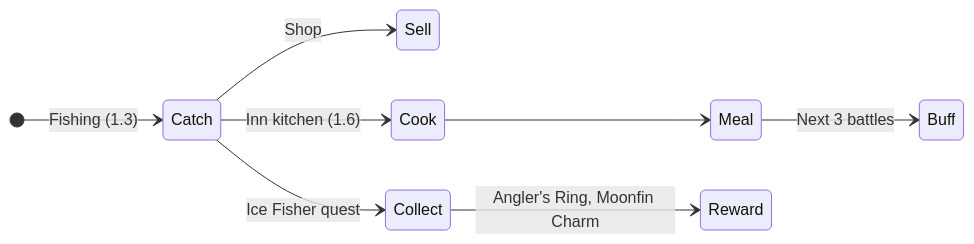
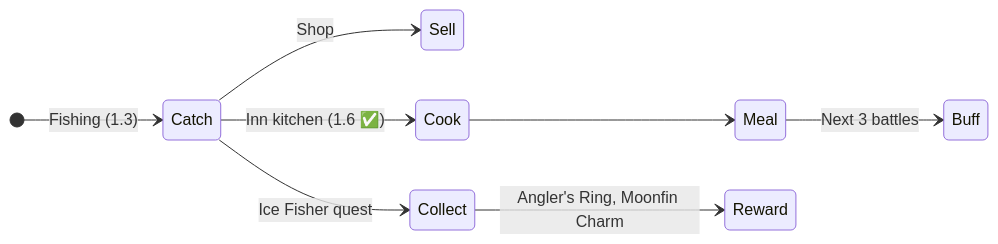
Before and after one commit to CptNope/Laternfall: the seventh of 11 diagrams in ROADMAP.md, drawn with Mermaid. The commit also changed other lines of this file and 19 other files, not shown here.

````diff
--- a/ROADMAP.md
+++ b/ROADMAP.md
@@ -256,11 +258,11 @@
 ```mermaid
 stateDiagram-v2
     direction LR
     [*] --> Catch: Fishing (1.3)
     Catch --> Sell: Shop
-    Catch --> Cook: Inn kitchen (1.6)
+    Catch --> Cook: Inn kitchen (1.6 ✅)
     Cook --> Meal
     Meal --> Buff: Next 3 battles
     Catch --> Collect: Ice Fisher quest
     Collect --> Reward: Angler's Ring, Moonfin Charm
 ```
````
